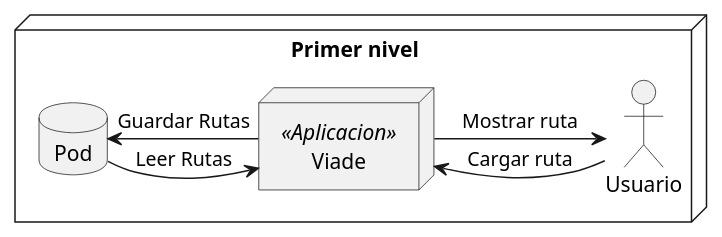
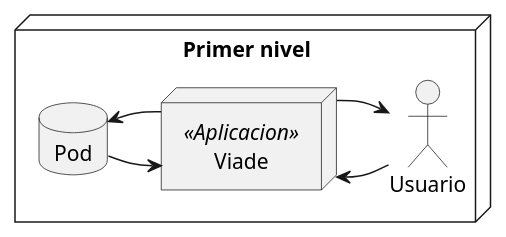
One commit to Arquisoft/viade_es1a changed the first of 5 diagrams in src/docs/05_building_block_view.adoc. Above: the diagram before and after it, drawn with PlantUML. The commit also changed other lines of this file, not shown here.

```diff
--- a/src/docs/05_building_block_view.adoc
+++ b/src/docs/05_building_block_view.adoc
@@ -8,15 +8,15 @@
 [plantuml,Primer nivel,png]
 ----
 @startuml
 node "Primer nivel"{
 actor Usuario
 node Viade <<Aplicacion>> as Viade
 database Pod
 
-Usuario ->  Viade:Cargar ruta
-Viade ->  Usuario:Mostrar ruta
-Pod -> Viade:Leer Rutas
-Viade  -right-> Pod:Guardar Rutas
+Usuario ->  Viade
+Viade ->  Usuario
+Pod -> Viade
+Viade  -right-> Pod
 }
 @enduml
 ----
```
